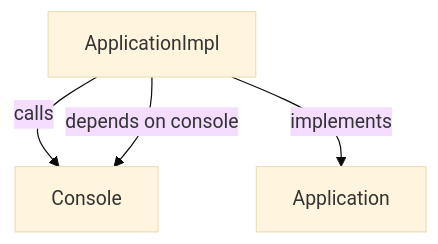
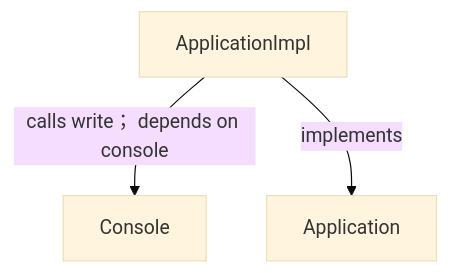
Before and after one commit to GreenPandaStudios/augscript: the first of 2 diagrams in docs/examples/approved-design/domain/app-diagrams.md, drawn with Mermaid (base theme). The commit also changed other lines of this file and 304 other files, not shown here.

Commit message:
Make generated data-flow sequences concise and review every diagram

````diff
--- a/docs/examples/approved-design/domain/app-diagrams.md
+++ b/docs/examples/approved-design/domain/app-diagrams.md
@@ -19,9 +19,8 @@
 ```mermaid
 flowchart TD
     n0["Console"]
     n1["Application"]
     n2["ApplicationImpl"]
-    n2 -->|"calls"| n0
-    n2 -->|"depends on console"| n0
+    n2 -->|"calls write； depends on console"| n0
     n2 -->|"implements"| n1
 ```
````
